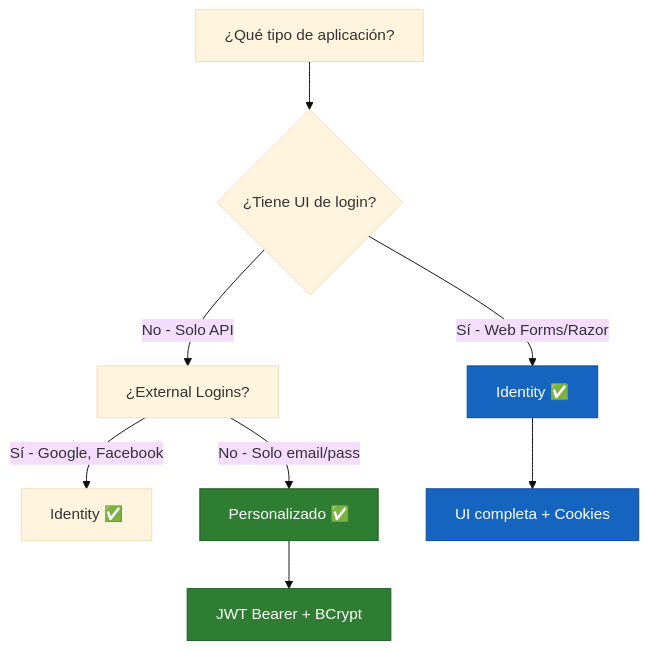
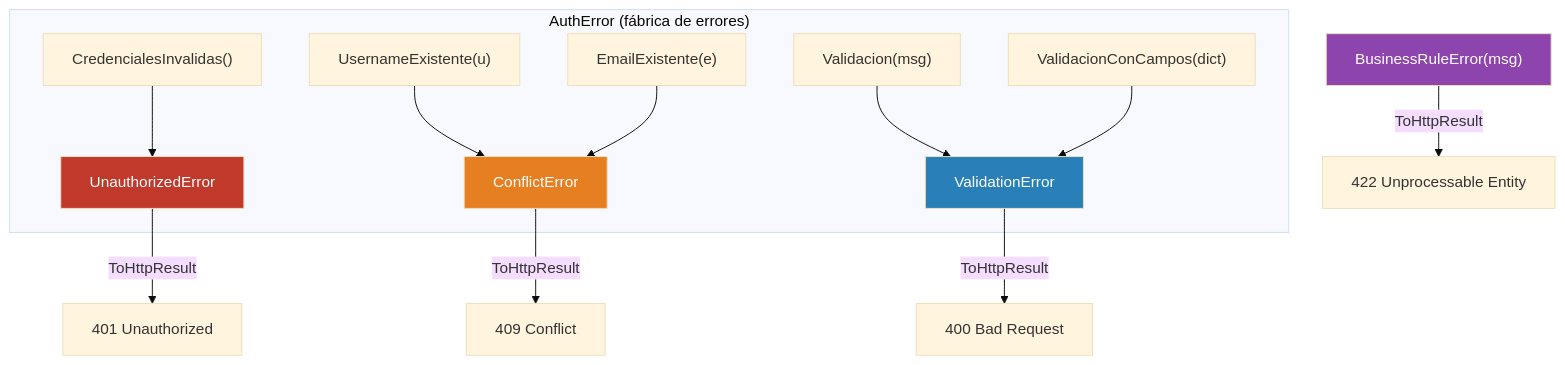
Before and after one commit to joseluisgs/TiendaDawApi-NetCore: the tenth of 29 diagrams in doc/15-jwt-authentication.md, drawn with Mermaid (base theme). The commit also changed other lines of this file and 33 other files, not shown here.

First line of the commit message:
feat: Auth:Mode dual (Custom BCrypt / Identity UserManager)

````diff
--- a/doc/15-jwt-authentication.md
+++ b/doc/15-jwt-authentication.md
@@ -1981,16 +710,20 @@
 ```mermaid
-flowchart TD
-    A[¿Qué tipo de aplicación?] --> B{¿Tiene UI de login?}
-    B -->|Sí - Web Forms/Razor| C[Identity ✅]
-    B -->|No - Solo API| D[¿External Logins?]
-    D -->|Sí - Google, Facebook| E[Identity ✅]
-    D -->|No - Solo email/pass| F[Personalizado ✅]
-    
-    C --> G["UI completa + Cookies"]
-    F --> H["JWT Bearer + BCrypt"]
-    
-    style C fill:#1565c0,stroke:#0d47a1,color:#fff
-    style F fill:#2e7d32,stroke:#1b5e20,color:#fff
-    style G fill:#1565c0,stroke:#0d47a1,color:#fff
-    style H fill:#2e7d32,stroke:#1b5e20,color:#fff
+flowchart TB
+    subgraph "AuthError (fábrica de errores)"
+        A1["CredencialesInvalidas()"] --> U["UnauthorizedError"]
+        A2["UsernameExistente(u)"] --> C["ConflictError"]
+        A3["EmailExistente(e)"] --> C
+        A4["Validacion(msg)"] --> V["ValidationError"]
+        A5["ValidacionConCampos(dict)"] --> V
+    end
+
+    U -->|ToHttpResult| H1["401 Unauthorized"]
+    C -->|ToHttpResult| H2["409 Conflict"]
+    V -->|ToHttpResult| H3["400 Bad Request"]
+    B["BusinessRuleError(msg)"] -->|ToHttpResult| H4["422 Unprocessable Entity"]
+
+    style U fill:#c0392b,color:#fff
+    style C fill:#e67e22,color:#fff
+    style V fill:#2980b9,color:#fff
+    style B fill:#8e44ad,color:#fff
 ```
````
